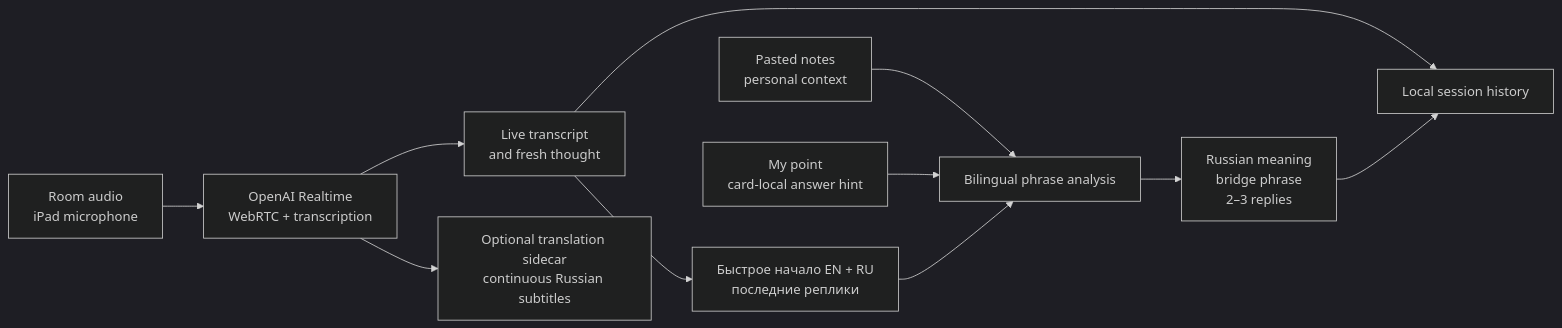
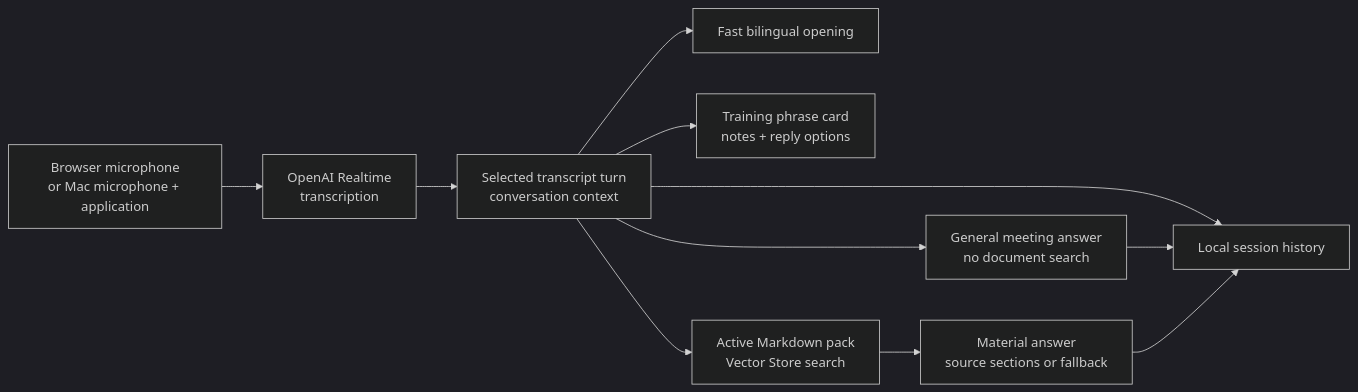
One commit to filimo/EchoGuide.ai changed the diagram in README.md. Above: the diagram before and after it, drawn with Mermaid (dark theme). The commit also changed other lines of this file and 2 other files, not shown here.

````diff
--- a/README.md
+++ b/README.md
@@ -55,13 +66,13 @@
 ```mermaid
 flowchart LR
-    A["Room audio<br/>iPad microphone"] --> B["OpenAI Realtime<br/>WebRTC + transcription"]
-    B --> C["Live transcript<br/>and fresh thought"]
-    B --> X["Optional translation sidecar<br/>continuous Russian subtitles"]
-    D["Pasted notes<br/>personal context"] --> E["Bilingual phrase analysis"]
-    P["My point<br/>card-local answer hint"] --> E
-    C --> Q["Быстрое начало EN + RU<br/>последние реплики"]
-    Q --> E
-    E --> F["Russian meaning<br/>bridge phrase<br/>2–3 replies"]
-    C --> G["Local session history"]
-    F --> G
+    A["Browser microphone<br/>or Mac microphone + application"] --> B["OpenAI Realtime<br/>transcription"]
+    B --> C["Selected transcript turn<br/>conversation context"]
+    C --> Q["Fast bilingual opening"]
+    C --> T["Training phrase card<br/>notes + reply options"]
+    C --> G["General meeting answer<br/>no document search"]
+    C --> R["Active Markdown pack<br/>Vector Store search"]
+    R --> M["Material answer<br/>source sections or fallback"]
+    C --> H["Local session history"]
+    G --> H
+    M --> H
 ```
````
